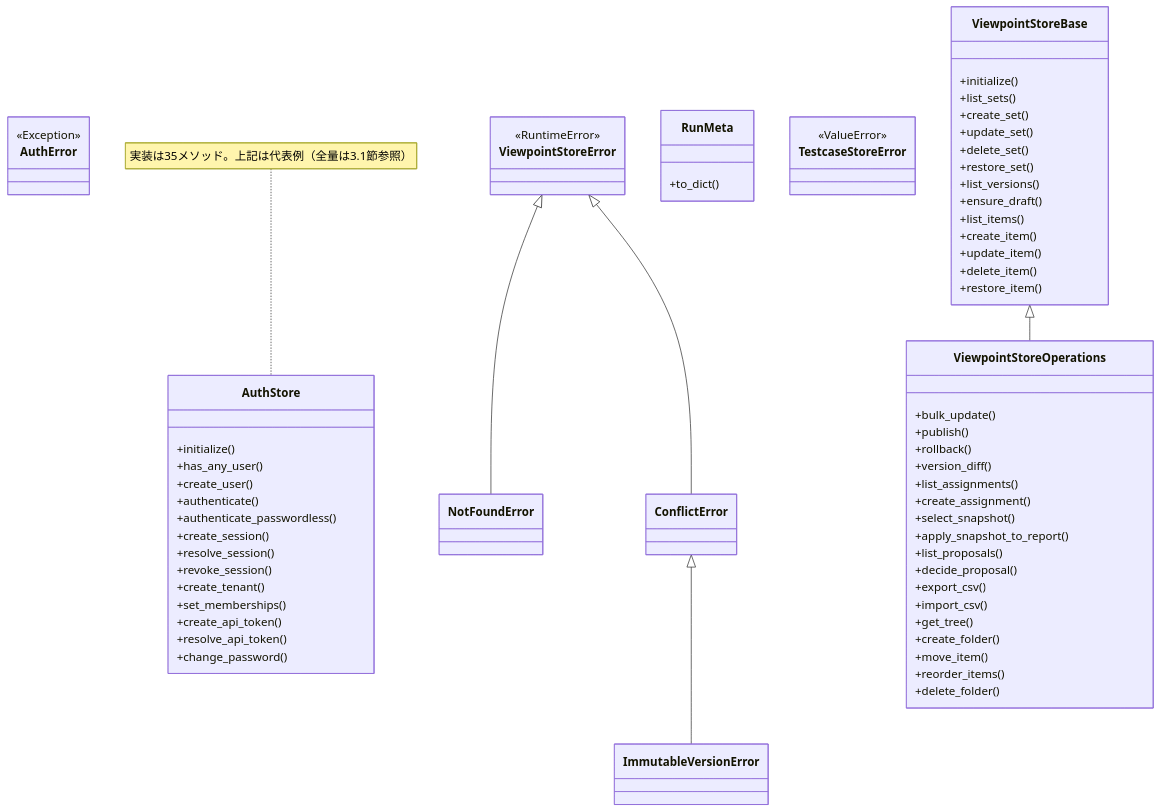
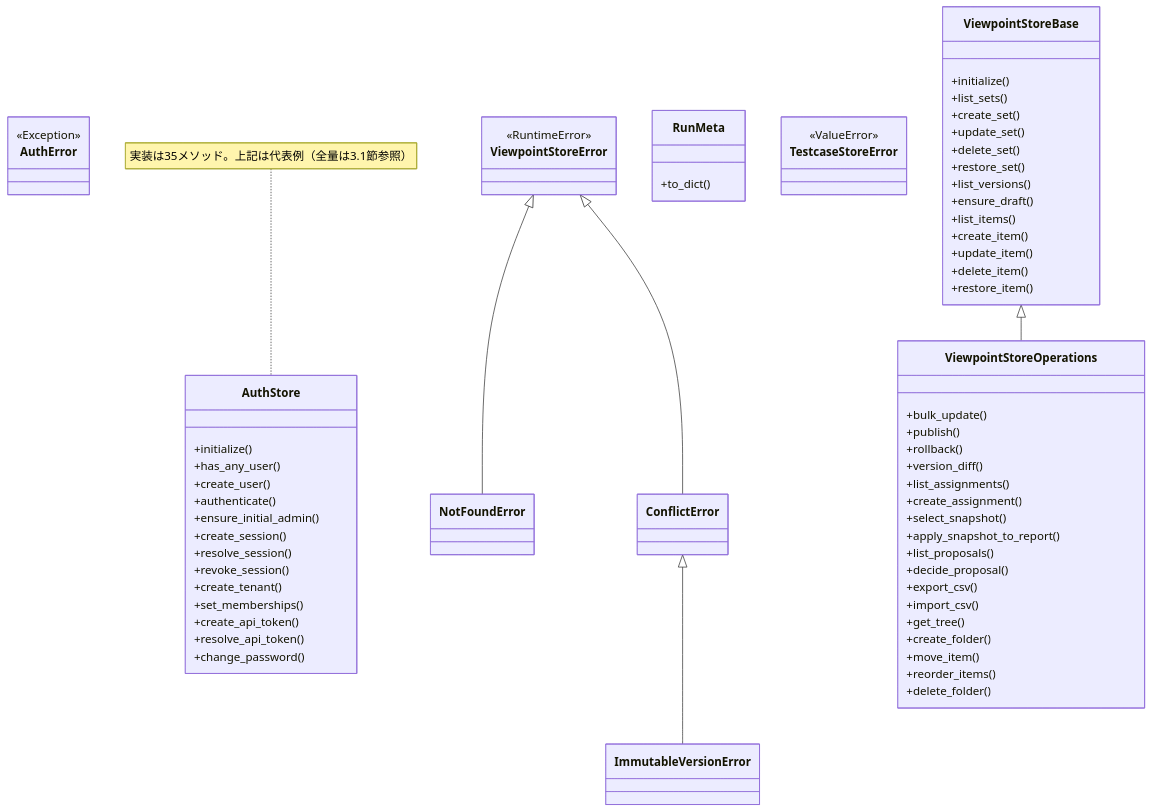
One commit to ma-garin/WebSpec2Doc changed the first of 4 diagrams in docs/sdlc/30_implementation/WS2D-MD-001_モジュール設計書.md. Above: the diagram before and after it, drawn with Mermaid. The commit also changed 55 other files, not shown here.

````diff
--- a/docs/sdlc/30_implementation/WS2D-MD-001_モジュール設計書.md
+++ b/docs/sdlc/30_implementation/WS2D-MD-001_モジュール設計書.md
@@ -189,75 +189,75 @@
 ```mermaid
 classDiagram
     class AuthError {
         <<Exception>>
     }
     class AuthStore {
         +initialize()
         +has_any_user()
         +create_user()
         +authenticate()
-        +authenticate_passwordless()
+        +ensure_initial_admin()
         +create_session()
         +resolve_session()
         +revoke_session()
         +create_tenant()
         +set_memberships()
         +create_api_token()
         +resolve_api_token()
         +change_password()
     }
     note for AuthStore "実装は35メソッド。上記は代表例（全量は3.1節参照）"
 
     class ViewpointStoreError {
         <<RuntimeError>>
     }
     class NotFoundError
     class ConflictError
     class ImmutableVersionError
     ViewpointStoreError <|-- NotFoundError
     ViewpointStoreError <|-- ConflictError
     ConflictError <|-- ImmutableVersionError
 
     class ViewpointStoreBase {
         +initialize()
         +list_sets()
         +create_set()
         +update_set()
         +delete_set()
         +restore_set()
         +list_versions()
         +ensure_draft()
         +list_items()
         +create_item()
         +update_item()
         +delete_item()
         +restore_item()
     }
     class ViewpointStoreOperations {
         +bulk_update()
         +publish()
         +rollback()
         +version_diff()
         +list_assignments()
         +create_assignment()
         +select_snapshot()
         +apply_snapshot_to_report()
         +list_proposals()
         +decide_proposal()
         +export_csv()
         +import_csv()
         +get_tree()
         +create_folder()
         +move_item()
         +reorder_items()
         +delete_folder()
     }
     ViewpointStoreBase <|-- ViewpointStoreOperations
 
     class RunMeta {
         +to_dict()
     }
     class TestcaseStoreError {
         <<ValueError>>
     }
 ```
````
